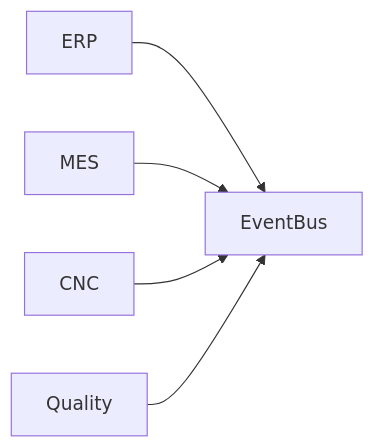
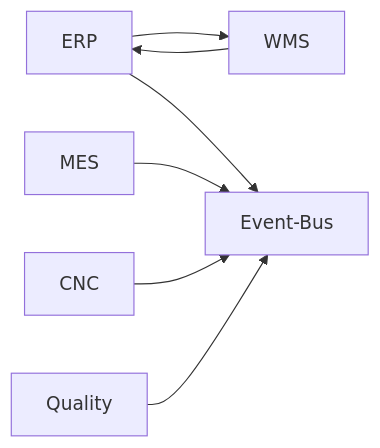
The fourth of 4 diagrams in docs/ADRs/ADR-000-csv-to-event-driven-migration.md (coderps/JobyTHC), drawn with Mermaid before and after one commit. The commit also changed other lines of this file and 35 other files, not shown here.

````diff
--- a/docs/ADRs/ADR-000-csv-to-event-driven-migration.md
+++ b/docs/ADRs/ADR-000-csv-to-event-driven-migration.md
@@ -123,8 +123,10 @@
 ```mermaid
 flowchart LR
 
-ERP --> EventBus
-MES --> EventBus
-CNC --> EventBus
-Quality --> EventBus
+ERP --> WMS
+WMS --> ERP
+ERP --> Event-Bus
+MES --> Event-Bus
+CNC --> Event-Bus
+Quality --> Event-Bus
 ```
````
